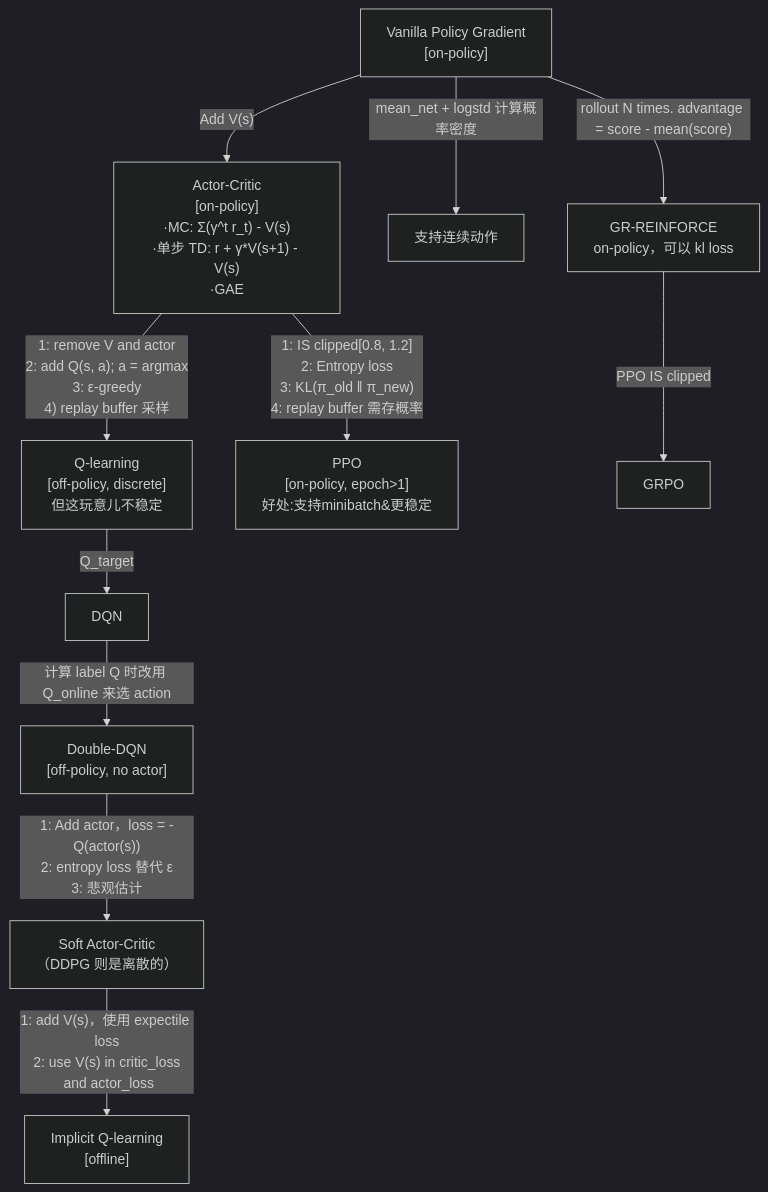
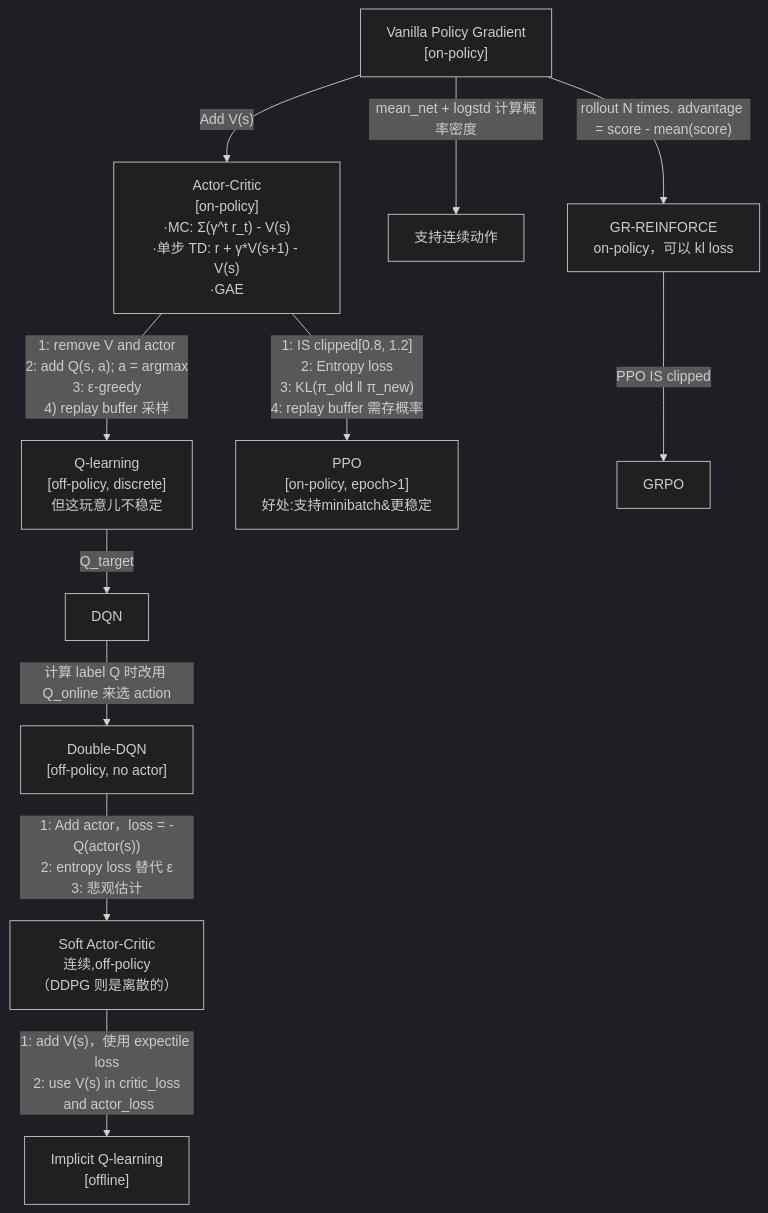
One commit to julyfun/how-to changed the diagram in 技术学习/285/285-0.md. Above: the diagram before and after it, drawn with Mermaid (dark theme). The commit also changed other lines of this file and 3 other files, not shown here.

````diff
--- a/技术学习/285/285-0.md
+++ b/技术学习/285/285-0.md
@@ -11,14 +11,14 @@
 ```mermaid
 flowchart TD
     PG["Vanilla Policy Gradient<br>[on-policy]"] -->|"Add V(s)"| AC
     AC["Actor-Critic<br>[on-policy]<br>·MC: Σ(γ^t r_t) - V(s)<br>·单步 TD: r + γ*V(s+1) - V(s)<br>·GAE"]
     PG -->|"mean_net + logstd 计算概率密度"| cont[支持连续动作]
     AC -->|"1: remove V and actor<br>2: add Q(s, a); a = argmax<br>3: ε-greedy<br>4) replay buffer 采样"| Q-learning["Q-learning<br>[off-policy, discrete]<br>但这玩意儿不稳定"]
     Q-learning -->|"Q_target"| DQN
     DQN -->|"计算 label Q 时改用 Q_online 来选 action"| Double-DQN["Double-DQN<br>[off-policy, no actor]"]
-    Double-DQN -->|"1: Add actor，loss = -Q(actor(s))<br>2: entropy loss 替代 ε<br>3: 悲观估计"| SAC["Soft Actor-Critic<br>（DDPG 则是离散的）"]
+    Double-DQN -->|"1: Add actor，loss = -Q(actor(s))<br>2: entropy loss 替代 ε<br>3: 悲观估计"| SAC["Soft Actor-Critic<br>连续,off-policy<br>（DDPG 则是离散的）"]
     SAC -->|"1: add V(s)，使用 expectile loss<br>2: use V(s) in critic_loss<br> and actor_loss"| IQL["Implicit Q-learning<br>[offline]"]
     AC -->|"1: IS clipped[0.8, 1.2]<br>2: Entropy loss<br>3: KL(π_old ‖ π_new)<br>4: replay buffer 需存概率"| PPO["PPO<br>[on-policy, epoch>1]<br>好处:支持minibatch&更稳定"]
     PG -->|"rollout N times. advantage = score - mean(score)"| GR["GR-REINFORCE<br>on-policy，可以 kl loss"]
     GR -->|"PPO IS clipped"| GRPO
 ```
````
